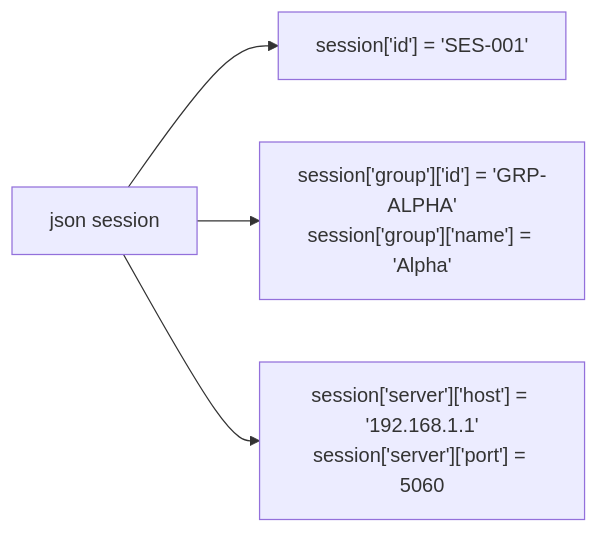
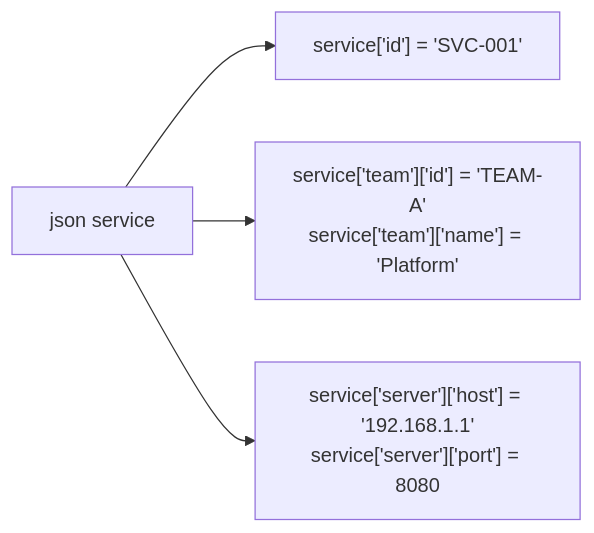
The fourth of 7 diagrams in 10_SystemPorgramming/02_JSON/README.md (Apisteftos/QtTutorialCpp), drawn with Mermaid before and after one commit. The commit also changed other lines of this file and 349 other files, not shown here.

````diff
--- a/10_SystemPorgramming/02_JSON/README.md
+++ b/10_SystemPorgramming/02_JSON/README.md
@@ -117,7 +117,7 @@
 ```mermaid
 flowchart LR
-    root["json session"]
-    root --> id["session['id'] = 'SES-001'"]
-    root --> group["session['group']['id'] = 'GRP-ALPHA'\nsession['group']['name'] = 'Alpha'"]
-    root --> server["session['server']['host'] = '192.168.1.1'\nsession['server']['port'] = 5060"]
+    root["json service"]
+    root --> id["service['id'] = 'SVC-001'"]
+    root --> team["service['team']['id'] = 'TEAM-A'\nservice['team']['name'] = 'Platform'"]
+    root --> server["service['server']['host'] = '192.168.1.1'\nservice['server']['port'] = 8080"]
 ```
````
